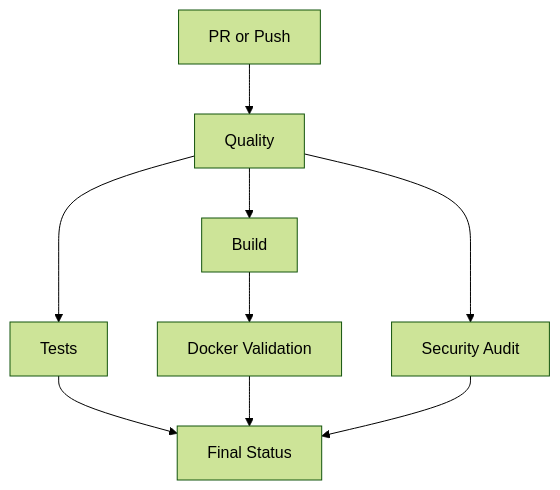
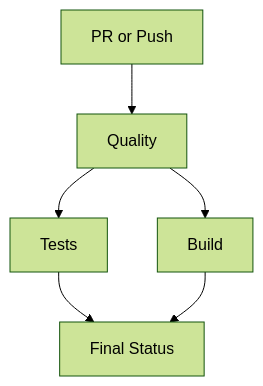
Before and after one commit to comp596-spring-2026/RetailSync: the first of 2 diagrams in docs/operations/ci-cd-pipeline.md, drawn with Mermaid (forest theme). The commit also changed other lines of this file and 7 other files, not shown here.

````diff
--- a/docs/operations/ci-cd-pipeline.md
+++ b/docs/operations/ci-cd-pipeline.md
@@ -33,11 +29,8 @@
 ```mermaid
 flowchart TD
   PR[PR or Push] --> Q[Quality]
   Q --> T[Tests]
   Q --> B[Build]
-  Q --> S[Security Audit]
-  B --> D[Docker Validation]
   T --> F[Final Status]
-  D --> F
-  S --> F
+  B --> F
 ```
````
